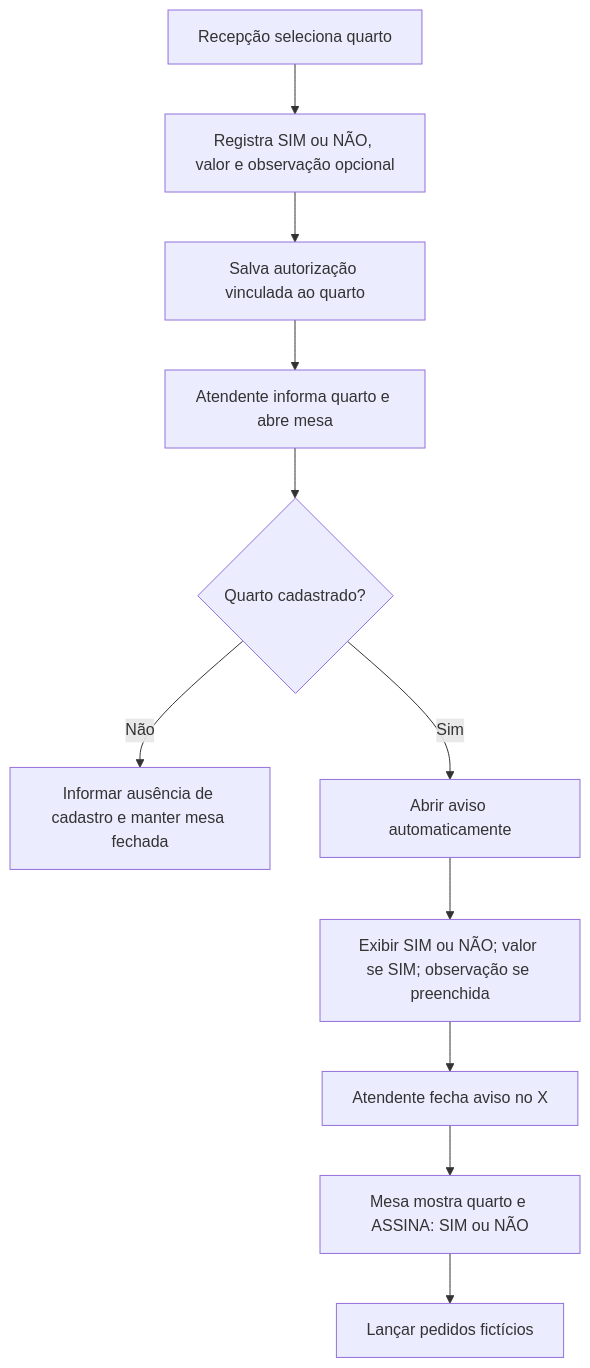
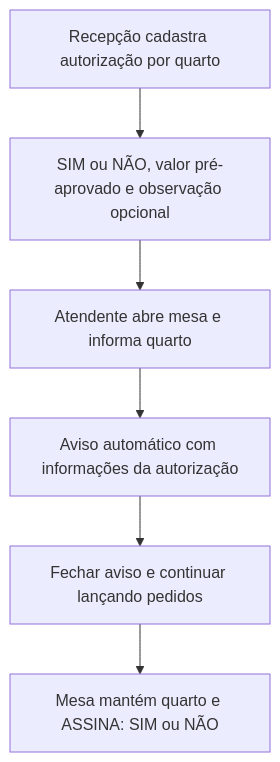
Before and after one commit to LeoDevsn/smartcheck-hotel: the second of 4 diagrams in docs/FLUXOGRAMAS.md, drawn with Mermaid. The commit also changed other lines of this file and 7 other files, not shown here.

````diff
--- a/docs/FLUXOGRAMAS.md
+++ b/docs/FLUXOGRAMAS.md
@@ -24,13 +26,8 @@
 ```mermaid
 flowchart TD
-    A[Recepção seleciona quarto] --> B[Registra SIM ou NÃO, valor e observação opcional]
-    B --> C[Salva autorização vinculada ao quarto]
-    C --> D[Atendente informa quarto e abre mesa]
-    D --> E{Quarto cadastrado?}
-    E -->|Não| F[Informar ausência de cadastro e manter mesa fechada]
-    E -->|Sim| G[Abrir aviso automaticamente]
-    G --> H[Exibir SIM ou NÃO; valor se SIM; observação se preenchida]
-    H --> I[Atendente fecha aviso no X]
-    I --> J[Mesa mostra quarto e ASSINA: SIM ou NÃO]
-    J --> K[Lançar pedidos fictícios]
+    A[Recepção cadastra autorização por quarto] --> B[SIM ou NÃO, valor pré-aprovado e observação opcional]
+    B --> C[Atendente abre mesa e informa quarto]
+    C --> D[Aviso automático com informações da autorização]
+    D --> E[Fechar aviso e continuar lançando pedidos]
+    E --> F[Mesa mantém quarto e ASSINA: SIM ou NÃO]
 ```
````
